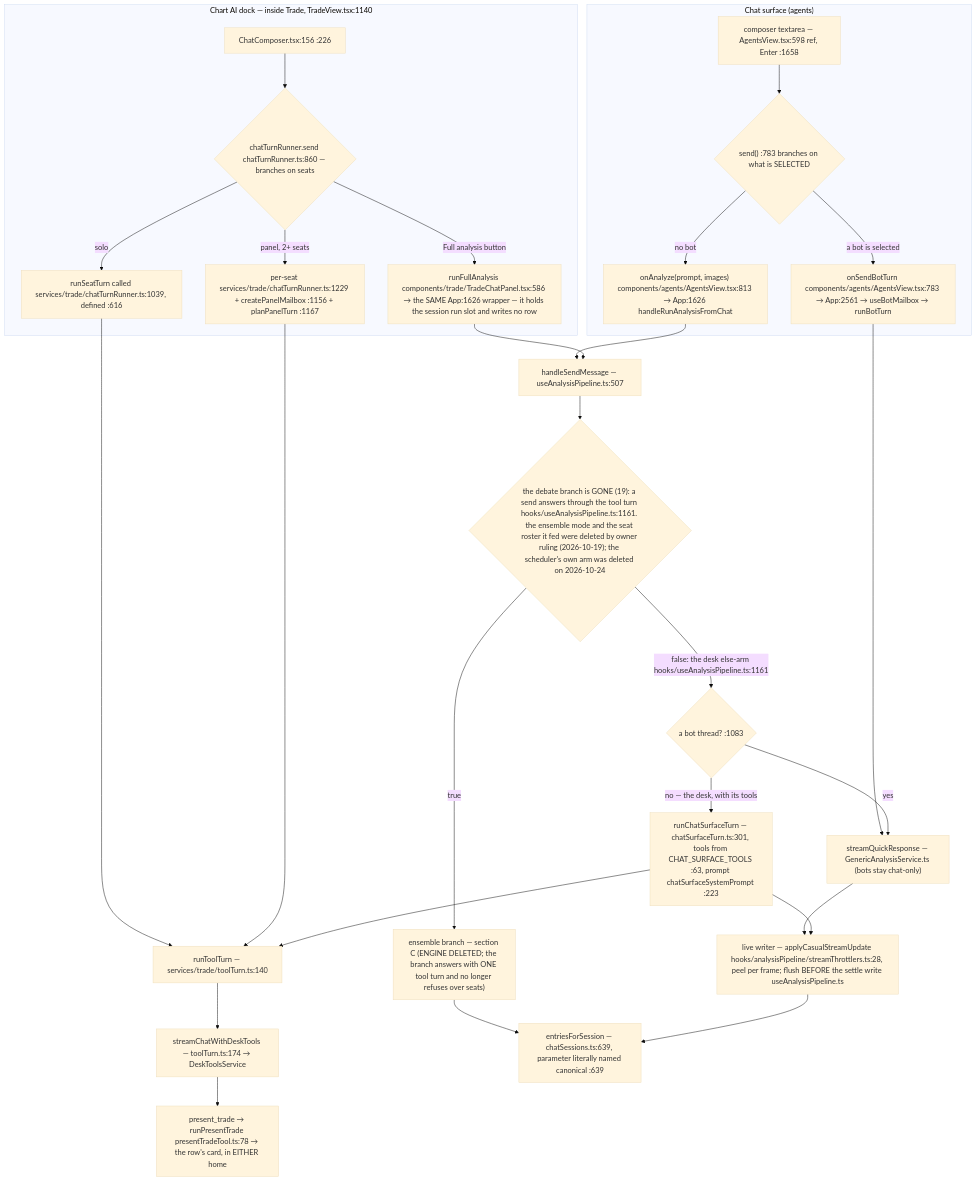
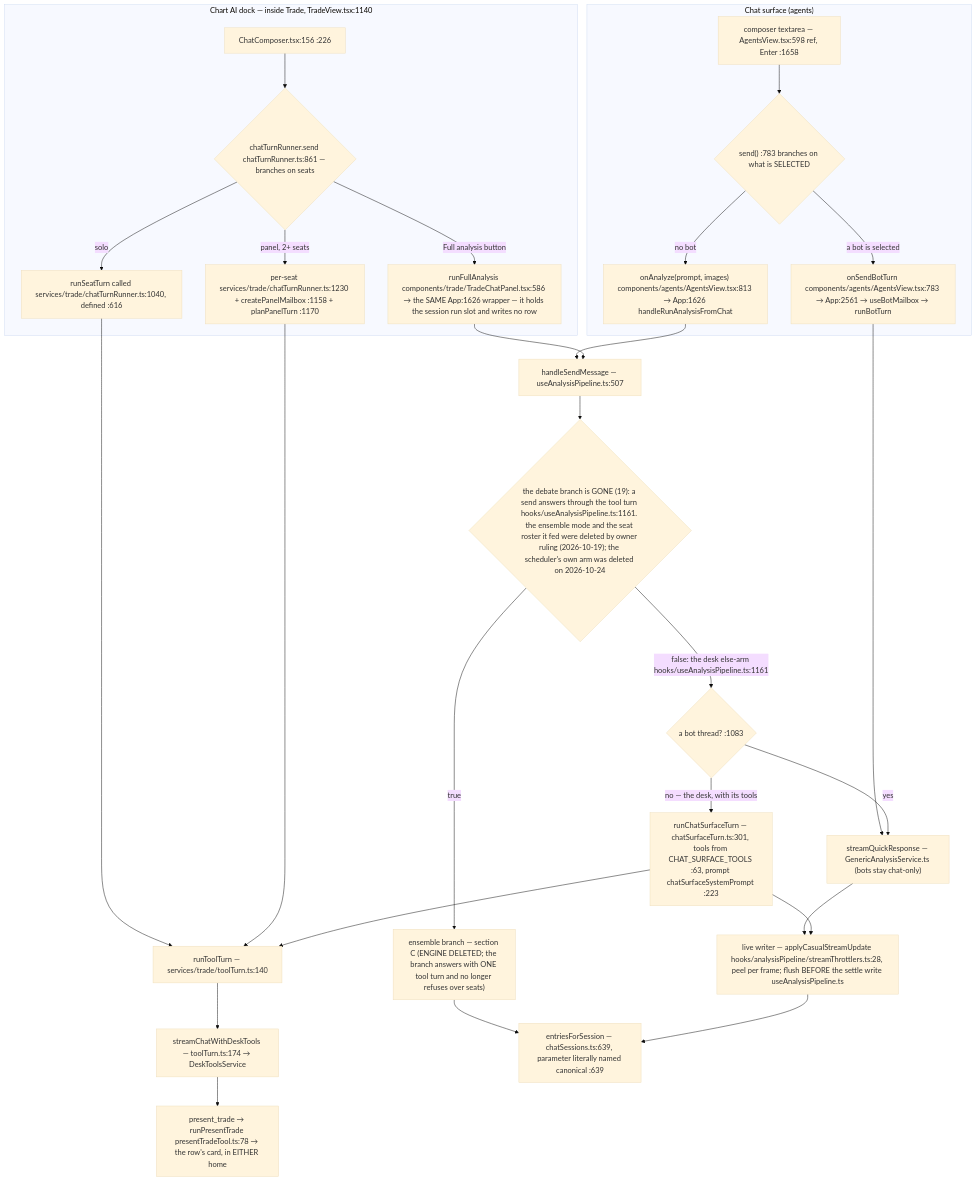
One commit to Acepay25/august-3.5 changed the second of 8 diagrams in docs/app-flow.md. Above: the diagram before and after it, drawn with Mermaid (base theme). The commit also changed other lines of this file and 18 other files, not shown here.

````diff
--- a/docs/app-flow.md
+++ b/docs/app-flow.md
@@ -78,31 +78,31 @@
 ```mermaid
 flowchart TD
     subgraph CHAT["Chat surface (agents)"]
         CB["composer textarea — AgentsView.tsx:598 ref, Enter :1658"] --> D1{"send() :783 branches on what is SELECTED"}
         D1 -->|a bot is selected| BOT["onSendBotTurn components/agents/AgentsView.tsx:783 → App:2561 → useBotMailbox → runBotTurn"]
         D1 -->|no bot| AN["onAnalyze(prompt, images) components/agents/AgentsView.tsx:813 → App:1626 handleRunAnalysisFromChat"]
     end
     subgraph DOCK["Chart AI dock — inside Trade, TradeView.tsx:1140"]
-        DC["ChatComposer.tsx:156 :226"] --> D2{"chatTurnRunner.send chatTurnRunner.ts:860 — branches on seats"}
-        D2 -->|solo| SO["runSeatTurn called services/trade/chatTurnRunner.ts:1039, defined :616"]
-        D2 -->|panel, 2+ seats| PN["per-seat services/trade/chatTurnRunner.ts:1229 + createPanelMailbox :1156 + planPanelTurn :1167"]
+        DC["ChatComposer.tsx:156 :226"] --> D2{"chatTurnRunner.send chatTurnRunner.ts:861 — branches on seats"}
+        D2 -->|solo| SO["runSeatTurn called services/trade/chatTurnRunner.ts:1040, defined :616"]
+        D2 -->|panel, 2+ seats| PN["per-seat services/trade/chatTurnRunner.ts:1230 + createPanelMailbox :1158 + planPanelTurn :1170"]
         D2 -->|Full analysis button| FA["runFullAnalysis components/trade/TradeChatPanel.tsx:586 → the SAME App:1626 wrapper — it holds the session run slot and writes no row"]
     end
     SO --> TT["runToolTurn — services/trade/toolTurn.ts:140"]
     PN --> TT
     TT --> SCDT["streamChatWithDeskTools — toolTurn.ts:174 → DeskToolsService"]
     BOT --> TR["streamQuickResponse — GenericAnalysisService.ts (bots stay chat-only)"]
     AN --> HSM["handleSendMessage — useAnalysisPipeline.ts:507"]
     FA --> HSM
     HSM --> D3{"the debate branch is GONE (19): a send answers through the tool turn hooks/useAnalysisPipeline.ts:1161. the ensemble mode and the seat roster it fed were deleted by owner ruling (2026-10-19); the scheduler's own arm was deleted on 2026-10-24"}
     D3 -->|true| ENS["ensemble branch — section C (ENGINE DELETED; the branch answers with ONE tool turn and no longer refuses over seats)"]
     D3 -->|false: the desk else-arm hooks/useAnalysisPipeline.ts:1161| SPLIT{"a bot thread? :1083"}
     SPLIT -->|yes| TR
     SPLIT -->|no — the desk, with its tools| CST["runChatSurfaceTurn — chatSurfaceTurn.ts:301, tools from CHAT_SURFACE_TOOLS :63, prompt chatSurfaceSystemPrompt :223"]
     CST --> TT
     TR --> LW["live writer — applyCasualStreamUpdate hooks/analysisPipeline/streamThrottlers.ts:28, peel per frame; flush BEFORE the settle write useAnalysisPipeline.ts"]
     CST --> LW
     ENS --> MERGE
     LW --> MERGE["entriesForSession — chatSessions.ts:639, parameter literally named canonical :639"]
     SCDT --> PT["present_trade → runPresentTrade presentTradeTool.ts:78 → the row's card, in EITHER home"]
 ```
````
